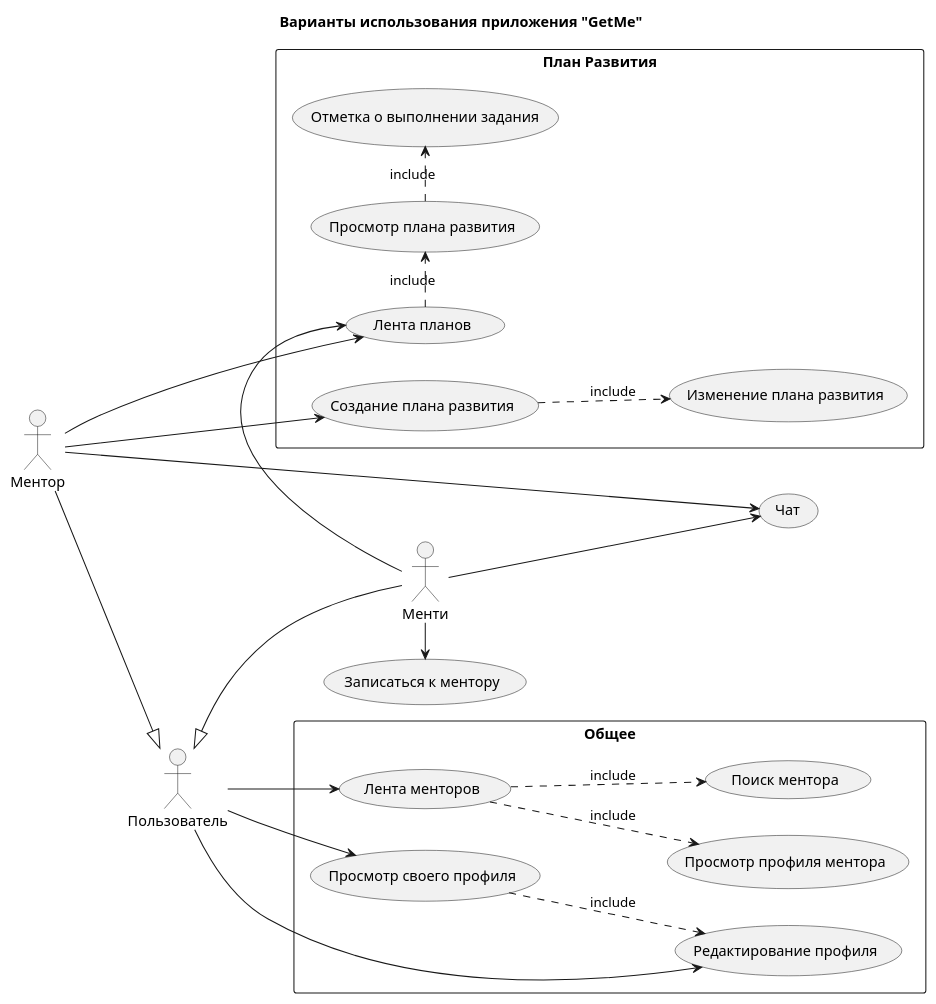
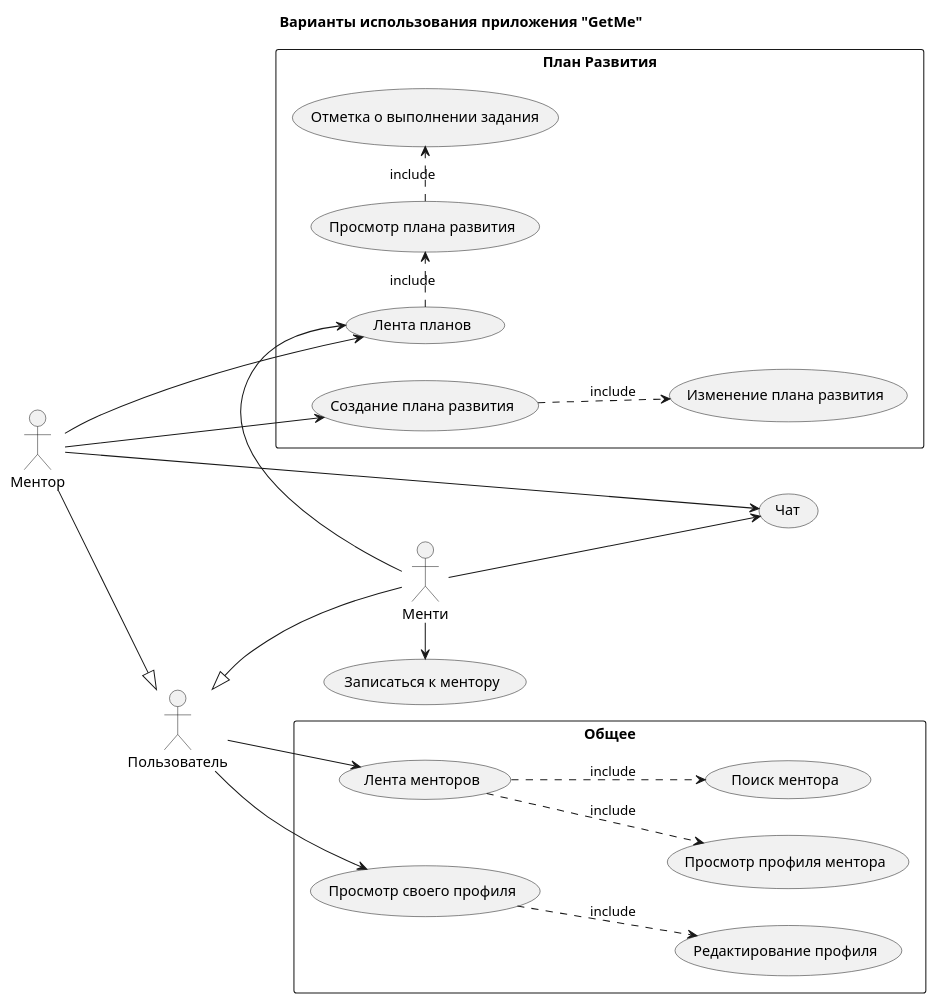
Before and after one commit to Flash1ee/getme-backend: the diagram in docs/usecase.puml, drawn with PlantUML.

Commit message:
fix usecase diagram

```diff
--- a/docs/usecase.puml
+++ b/docs/usecase.puml
@@ -1,75 +1,74 @@
 @startuml
 
 title Варианты использования приложения "GetMe"
 
 left to right direction
 
 actor :Пользователь: as User
 
 actor :Ментор: as Mentor
 
 actor :Менти: as Menti
 
 User <|-up- Mentor
 
 User <|-down- Menti
 
 rectangle Общее {
     usecase "Просмотр своего профиля" as Profile
 
     usecase "Редактирование профиля" as EditProfile
 
     usecase "Лента менторов" as MentorsFeed
 
     usecase "Поиск ментора" as Search
 
     usecase "Просмотр профиля ментора" as MentorProfile
 }
 rectangle "План Развития" {
     usecase "Лента планов" as FeedPlan
 
     usecase "Создание плана развития" as CreatePlan
 
     usecase "Изменение плана развития" as EditPlan
 
     usecase "Отметка о выполнении задания" as TaskDone
 
     usecase "Просмотр плана развития" as WatchPlan
 
 }
 usecase "Чат" as Message
 
 usecase "Записаться к ментору" as ConnectToMentor
 
 
 
-User --> EditProfile
 User --> Profile
 User --> MentorsFeed
 
 
 Profile ..> EditProfile : include
 
 
 
 
 MentorsFeed ..> Search : include
 MentorsFeed ..> MentorProfile : include
 
 FeedPlan .> WatchPlan : include
 WatchPlan .> TaskDone : include
 
 
 
 Menti -> FeedPlan
 Menti -> ConnectToMentor
 Menti --> Message
 
 
 Mentor -> FeedPlan
 Mentor -> CreatePlan
 CreatePlan ..> EditPlan : include
 Mentor -> Message
 
 
 @enduml
```
